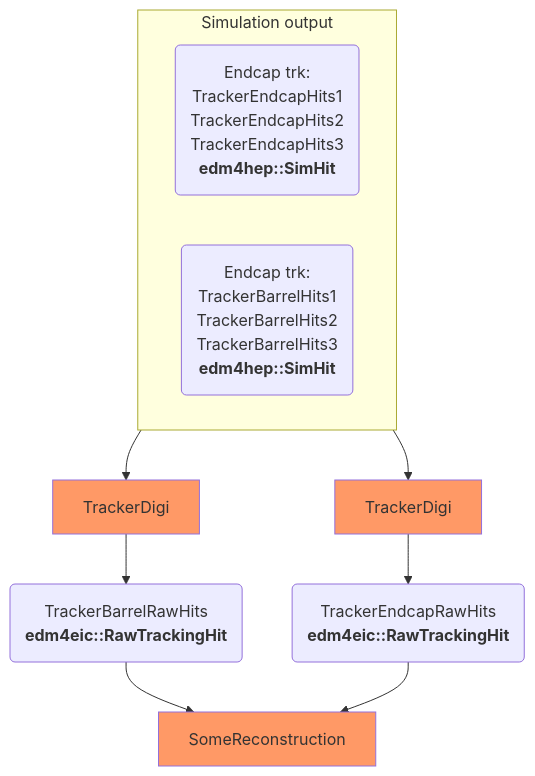
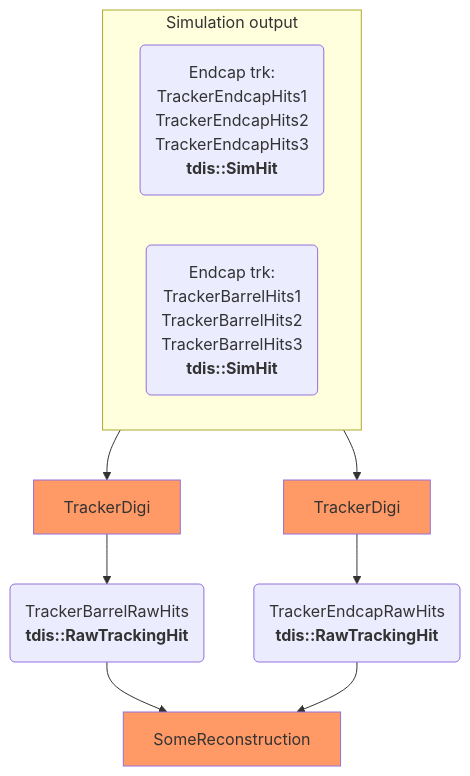
The first of 2 diagrams in source/extensions/jana/README.md (JeffersonLab/tdis), drawn with Mermaid before and after one commit. The commit also changed other lines of this file and 51 other files, not shown here.

````diff
--- a/source/extensions/jana/README.md
+++ b/source/extensions/jana/README.md
@@ -4,20 +4,20 @@
 ```mermaid
 flowchart TB
   classDef alg fill:#f96;
   subgraph Simulation output
     direction LR
-    tracker_endcap_collections(Endcap trk:<br />TrackerEndcapHits1<br/>TrackerEndcapHits2<br/>TrackerEndcapHits3<br/><strong>edm4hep::SimHit</strong>)
-    tracker_barrel_collections(Endcap trk:<br />TrackerBarrelHits1<br/>TrackerBarrelHits2<br/>TrackerBarrelHits3<br/><strong>edm4hep::SimHit</strong>)
+    tracker_endcap_collections(Endcap trk:<br />TrackerEndcapHits1<br/>TrackerEndcapHits2<br/>TrackerEndcapHits3<br/><strong>tdis::SimHit</strong>)
+    tracker_barrel_collections(Endcap trk:<br />TrackerBarrelHits1<br/>TrackerBarrelHits2<br/>TrackerBarrelHits3<br/><strong>tdis::SimHit</strong>)
   end
 
   tracker_barrel_collections --> TrackerDigi[TrackerDigi]:::alg
-  TrackerDigi --> TrackerBarrelRawHits(TrackerBarrelRawHits<br/><strong>edm4eic::RawTrackingHit</strong>)
+  TrackerDigi --> TrackerBarrelRawHits(TrackerBarrelRawHits<br/><strong>tdis::RawTrackingHit</strong>)
 
   tracker_endcap_collections --> TrackerDigi2[TrackerDigi]:::alg
-  TrackerDigi2 --> TrackerEndcapRawHits(TrackerEndcapRawHits<br/><strong>edm4eic::RawTrackingHit</strong>)
+  TrackerDigi2 --> TrackerEndcapRawHits(TrackerEndcapRawHits<br/><strong>tdis::RawTrackingHit</strong>)
 
   TrackerSourceLinker[SomeReconstruction]:::alg
 
   TrackerBarrelRawHits --> TrackerSourceLinker
   TrackerEndcapRawHits --> TrackerSourceLinker
 ```
````
